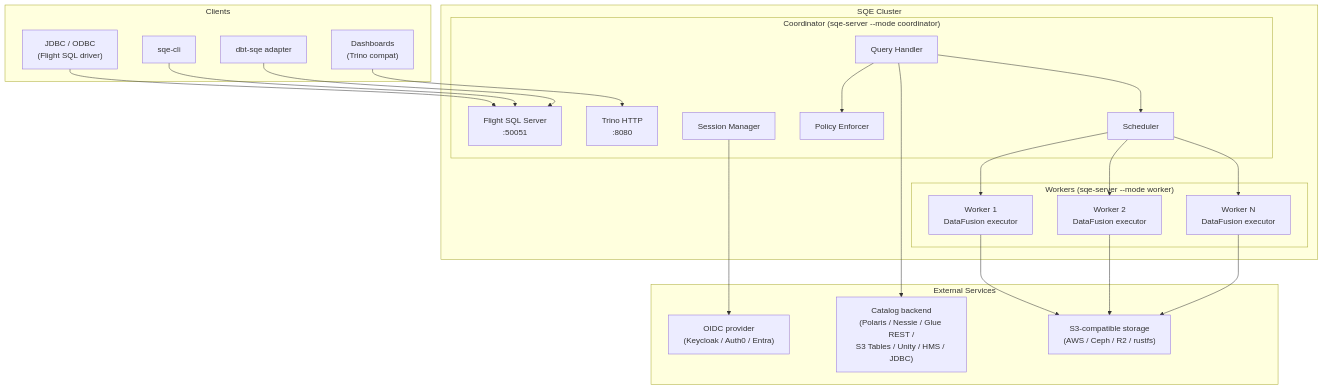
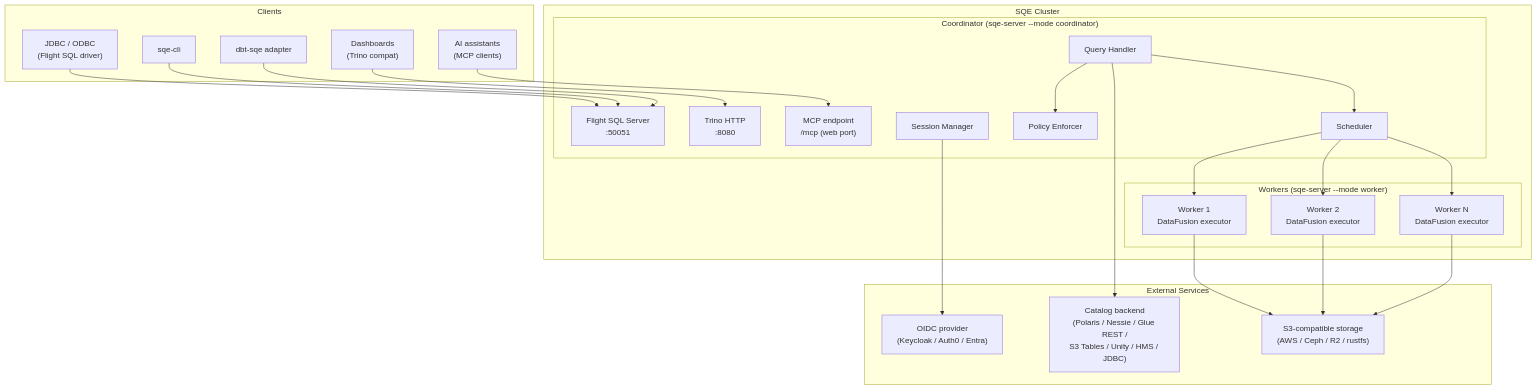
The first of 4 diagrams in docs/site/book/src/architecture/overview.md (schubergphilis/sqe), drawn with Mermaid before and after one commit. The commit also changed other lines of this file and 48 other files, not shown here.

````diff
--- a/docs/site/book/src/architecture/overview.md
+++ b/docs/site/book/src/architecture/overview.md
@@ -5,49 +5,52 @@
 ```mermaid
 graph TB
     subgraph Clients
         JDBC["JDBC / ODBC<br/>(Flight SQL driver)"]
         CLI["sqe-cli"]
         DBT["dbt-sqe adapter"]
         DASH["Dashboards<br/>(Trino compat)"]
+        AI["AI assistants<br/>(MCP clients)"]
     end
 
     subgraph "SQE Cluster"
         subgraph "Coordinator (sqe-server --mode coordinator)"
             FLS["Flight SQL Server<br/>:50051"]
             TH["Trino HTTP<br/>:8080"]
+            MCP["MCP endpoint<br/>/mcp (web port)"]
             SM["Session Manager"]
             QH["Query Handler"]
             PE["Policy Enforcer"]
             SCHED["Scheduler"]
         end
 
         subgraph "Workers (sqe-server --mode worker)"
             W1["Worker 1<br/>DataFusion executor"]
             W2["Worker 2<br/>DataFusion executor"]
             WN["Worker N<br/>DataFusion executor"]
         end
     end
 
     subgraph "External Services"
         KC["OIDC provider<br/>(Keycloak / Auth0 / Entra)"]
         CAT["Catalog backend<br/>(Polaris / Nessie / Glue REST /<br/>S3 Tables / Unity / HMS / JDBC)"]
         S3["S3-compatible storage<br/>(AWS / Ceph / R2 / rustfs)"]
     end
 
     JDBC --> FLS
     CLI --> FLS
     DBT --> FLS
     DASH --> TH
+    AI --> MCP
 
     SM --> KC
     QH --> PE
     QH --> SCHED
     SCHED --> W1
     SCHED --> W2
     SCHED --> WN
 
     QH --> CAT
     W1 --> S3
     W2 --> S3
     WN --> S3
 ```
````
